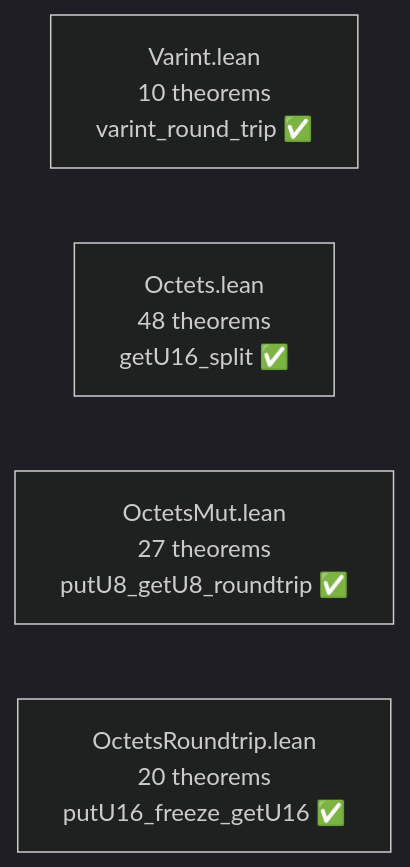
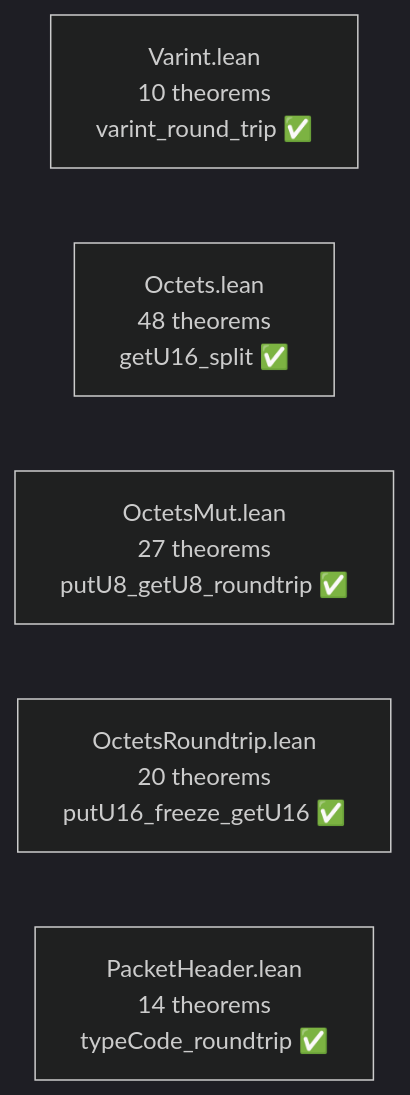
Before and after one commit to dsyme/quiche: the second of 7 diagrams in formal-verification/REPORT.md, drawn with Mermaid (dark theme). The commit also changed other lines of this file and 2 other files, not shown here.

````diff
--- a/formal-verification/REPORT.md
+++ b/formal-verification/REPORT.md
@@ -78,7 +82,8 @@
 ```mermaid
 graph LR
     V["Varint.lean<br/>10 theorems<br/>varint_round_trip ✅"]
     O["Octets.lean<br/>48 theorems<br/>getU16_split ✅"]
     OM["OctetsMut.lean<br/>27 theorems<br/>putU8_getU8_roundtrip ✅"]
     ORT["OctetsRoundtrip.lean<br/>20 theorems<br/>putU16_freeze_getU16 ✅"]
+    PH["PacketHeader.lean<br/>14 theorems<br/>typeCode_roundtrip ✅"]
 ```
````
